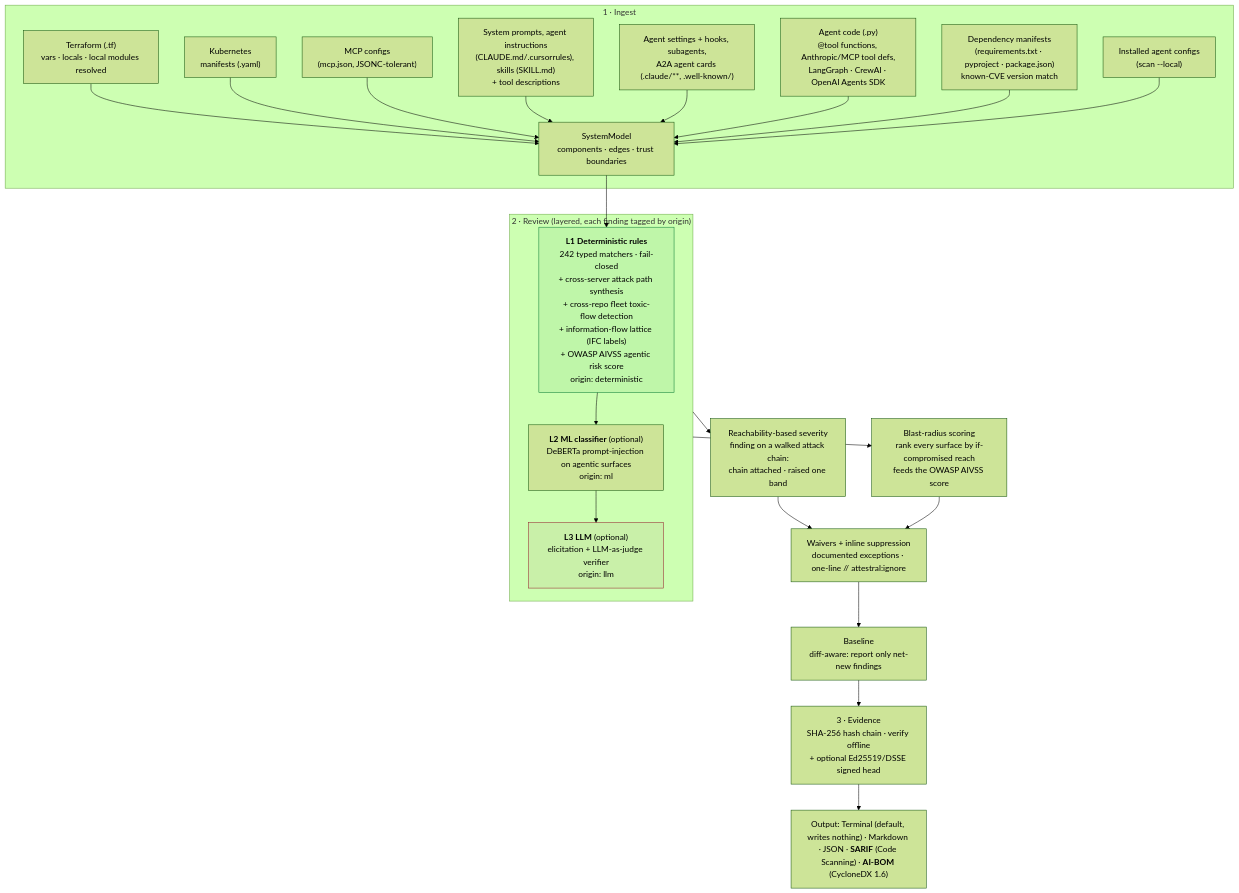
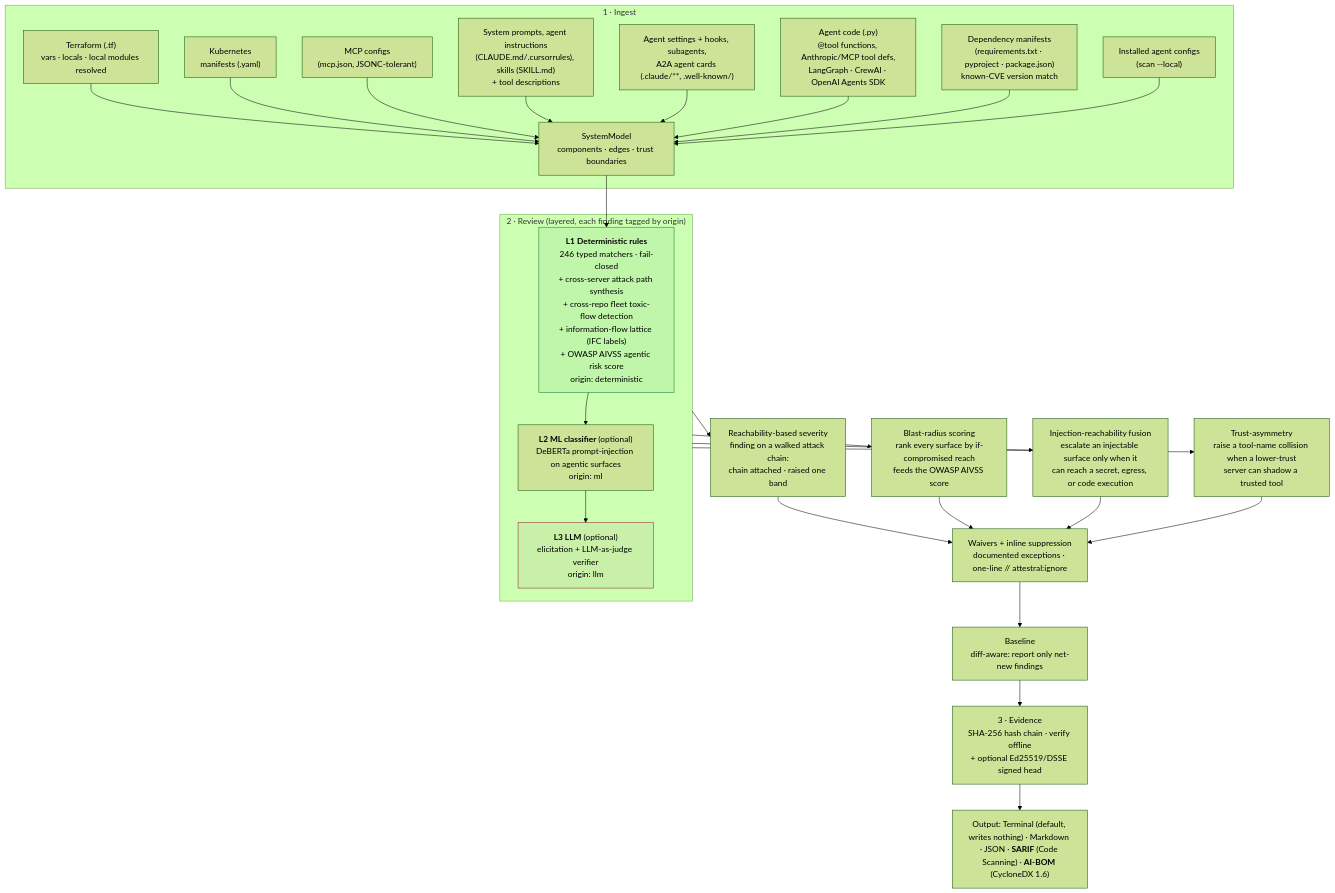
The first of 4 diagrams in README.md (zeyadalsakhii/attestral), drawn with Mermaid (forest theme) before and after one commit. The commit also changed other lines of this file and 77 other files, not shown here.

````diff
--- a/README.md
+++ b/README.md
@@ -120,30 +120,34 @@
 ```mermaid
 flowchart TB
     subgraph ING["1 · Ingest"]
         TF["Terraform (.tf)<br/>vars · locals · local modules resolved"] --> M
         K8S["Kubernetes<br/>manifests (.yaml)"] --> M
         MCP["MCP configs<br/>(mcp.json, JSONC-tolerant)"] --> M
         SP["System prompts, agent instructions<br/>(CLAUDE.md/.cursorrules), skills (SKILL.md)<br/>+ tool descriptions"] --> M
         AC["Agent settings + hooks, subagents,<br/>A2A agent cards (.claude/**, .well-known/)"] --> M
         CODE["Agent code (.py)<br/>@tool functions, Anthropic/MCP tool defs,<br/>LangGraph · CrewAI · OpenAI Agents SDK"] --> M
         DEP["Dependency manifests<br/>(requirements.txt · pyproject · package.json)<br/>known-CVE version match"] --> M
         LC["Installed agent configs<br/>(scan --local)"] --> M
         M["SystemModel<br/>components · edges · trust boundaries"]
     end
     M --> L1
     subgraph REV["2 · Review (layered, each finding tagged by origin)"]
-        L1["<b>L1 Deterministic rules</b><br/>242 typed matchers · fail-closed<br/>+ cross-server attack path synthesis<br/>+ cross-repo fleet toxic-flow detection<br/>+ information-flow lattice (IFC labels)<br/>+ OWASP AIVSS agentic risk score<br/>origin: deterministic"]
+        L1["<b>L1 Deterministic rules</b><br/>246 typed matchers · fail-closed<br/>+ cross-server attack path synthesis<br/>+ cross-repo fleet toxic-flow detection<br/>+ information-flow lattice (IFC labels)<br/>+ OWASP AIVSS agentic risk score<br/>origin: deterministic"]
         L2["<b>L2 ML classifier</b> (optional)<br/>DeBERTa prompt-injection on agentic surfaces<br/>origin: ml"]
         L3["<b>L3 LLM</b> (optional)<br/>elicitation + LLM-as-judge verifier<br/>origin: llm"]
         L1 --> L2 --> L3
     end
     REV --> RS["Reachability-based severity<br/>finding on a walked attack chain:<br/>chain attached · raised one band"]
     REV --> BR["Blast-radius scoring<br/>rank every surface by if-compromised reach<br/>feeds the OWASP AIVSS score"]
+    REV --> IR["Injection-reachability fusion<br/>escalate an injectable surface only when it<br/>can reach a secret, egress, or code execution"]
+    REV --> TA["Trust-asymmetry<br/>raise a tool-name collision when a lower-trust<br/>server can shadow a trusted tool"]
     RS --> W["Waivers + inline suppression<br/>documented exceptions · one-line // attestral:ignore"]
     BR --> W
+    IR --> W
+    TA --> W
     W --> BL["Baseline<br/>diff-aware: report only net-new findings"]
     BL --> EV["3 · Evidence<br/>SHA-256 hash chain · verify offline<br/>+ optional Ed25519/DSSE signed head"]
     EV --> OUT["Output: Terminal (default, writes nothing) · Markdown · JSON · <b>SARIF</b> (Code Scanning) · <b>AI-BOM</b> (CycloneDX 1.6)"]
     style L1 fill:#0a7d3611,stroke:#0a7d36
     style L3 fill:#96222E11,stroke:#96222E
 ```
````
